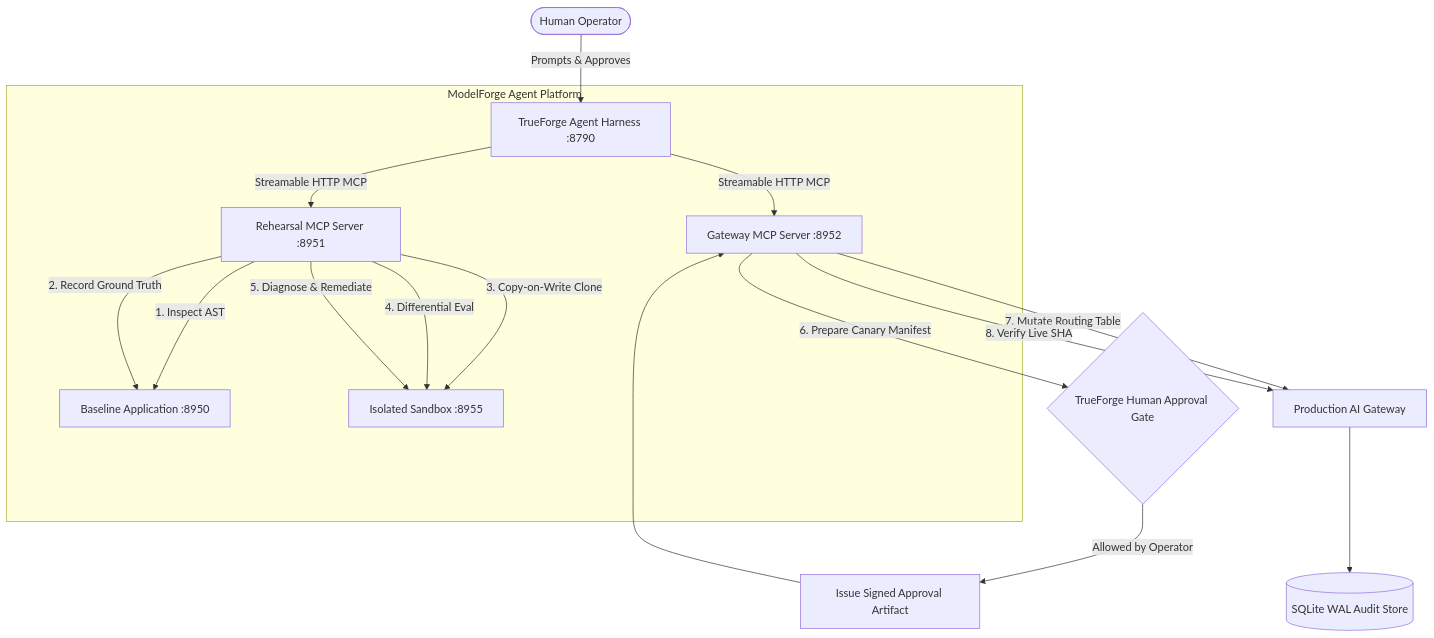
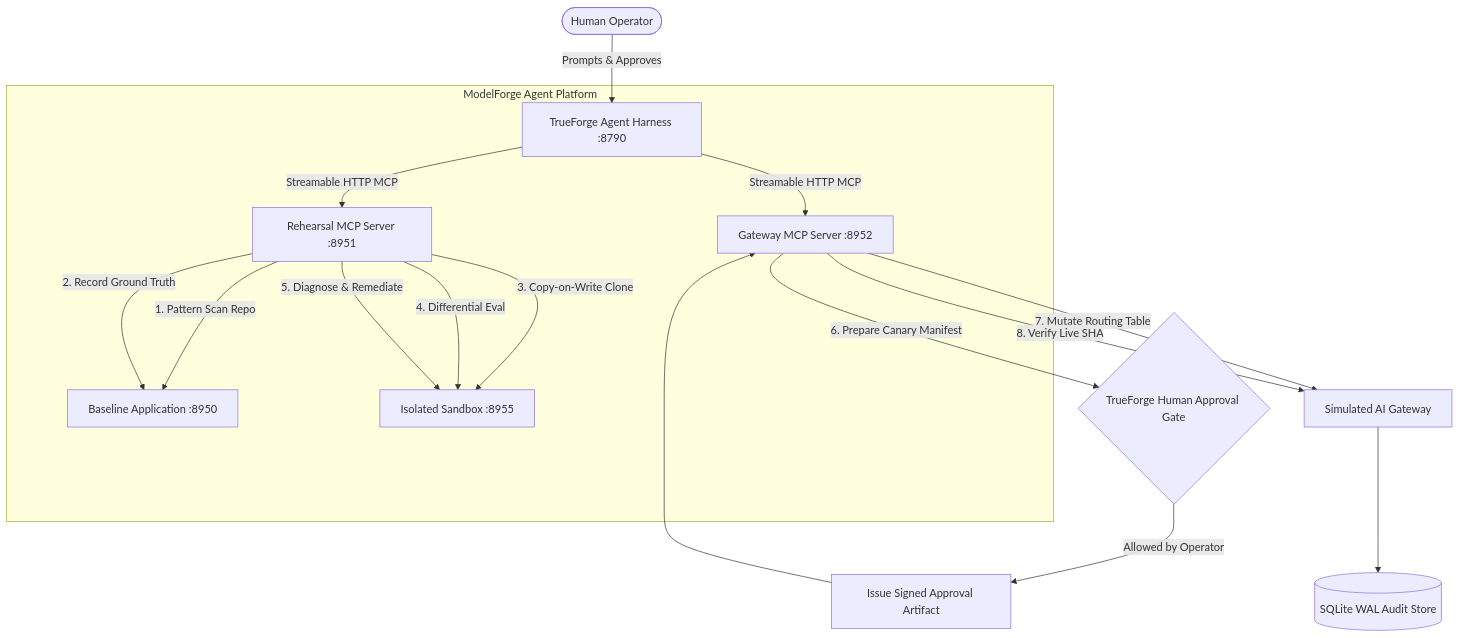
The diagram in README.md (nexpectArpit/ModelForge_FoundryTrue), drawn with Mermaid before and after one commit. The commit also changed other lines of this file and 35 other files, not shown here.

````diff
--- a/README.md
+++ b/README.md
@@ -14,22 +18,22 @@
 ```mermaid
 flowchart TD
     User([Human Operator]) -->|Prompts & Approves| TF[TrueForge Agent Harness :8790]
     
     subgraph ModelForge Agent Platform
         TF -->|Streamable HTTP MCP| RMCP[Rehearsal MCP Server :8951]
         TF -->|Streamable HTTP MCP| GMCP[Gateway MCP Server :8952]
         
-        RMCP -->|1. Inspect AST| BaseApp[Baseline Application :8950]
+        RMCP -->|1. Pattern Scan Repo| BaseApp[Baseline Application :8950]
         RMCP -->|2. Record Ground Truth| BaseApp
         RMCP -->|3. Copy-on-Write Clone| Sandbox[Isolated Sandbox :8955]
         RMCP -->|4. Differential Eval| Sandbox
         RMCP -->|5. Diagnose & Remediate| Sandbox
     end
 
     GMCP -->|6. Prepare Canary Manifest| Gate{TrueForge Human Approval Gate}
     Gate -->|Allowed by Operator| Auth[Issue Signed Approval Artifact]
     Auth --> GMCP
-    GMCP -->|7. Mutate Routing Table| Gateway[Production AI Gateway]
+    GMCP -->|7. Mutate Routing Table| Gateway[Simulated AI Gateway]
     GMCP -->|8. Verify Live SHA| Gateway
     Gateway --> Audit[(SQLite WAL Audit Store)]
 ```
````
